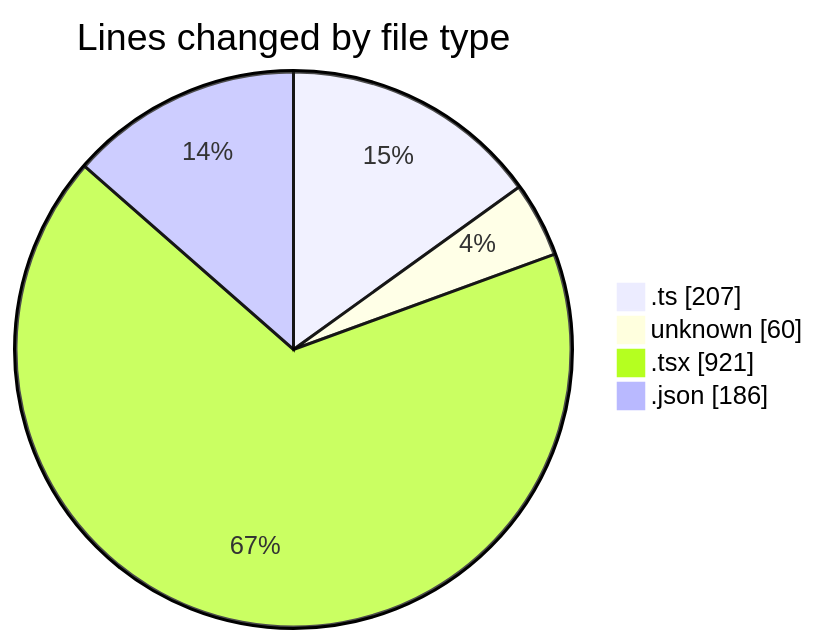
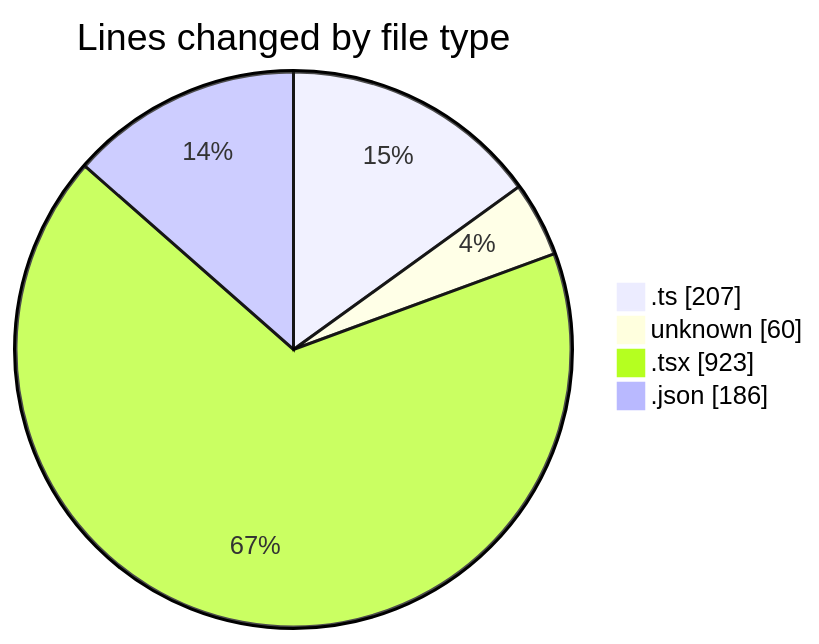
Before and after one commit to momahboobian/code-tracking: the first of 2 diagrams in 2026-06-12/cda/README.md, drawn with Mermaid. The commit also changed other lines of this file and 1 other file, not shown here.

````diff
--- a/2026-06-12/cda/README.md
+++ b/2026-06-12/cda/README.md
@@ -28,8 +28,8 @@
 ```mermaid
 pie showData
 title Lines changed by file type
 ".ts" : 207
 "unknown" : 60
-".tsx" : 921
+".tsx" : 923
 ".json" : 186
 ```
````
